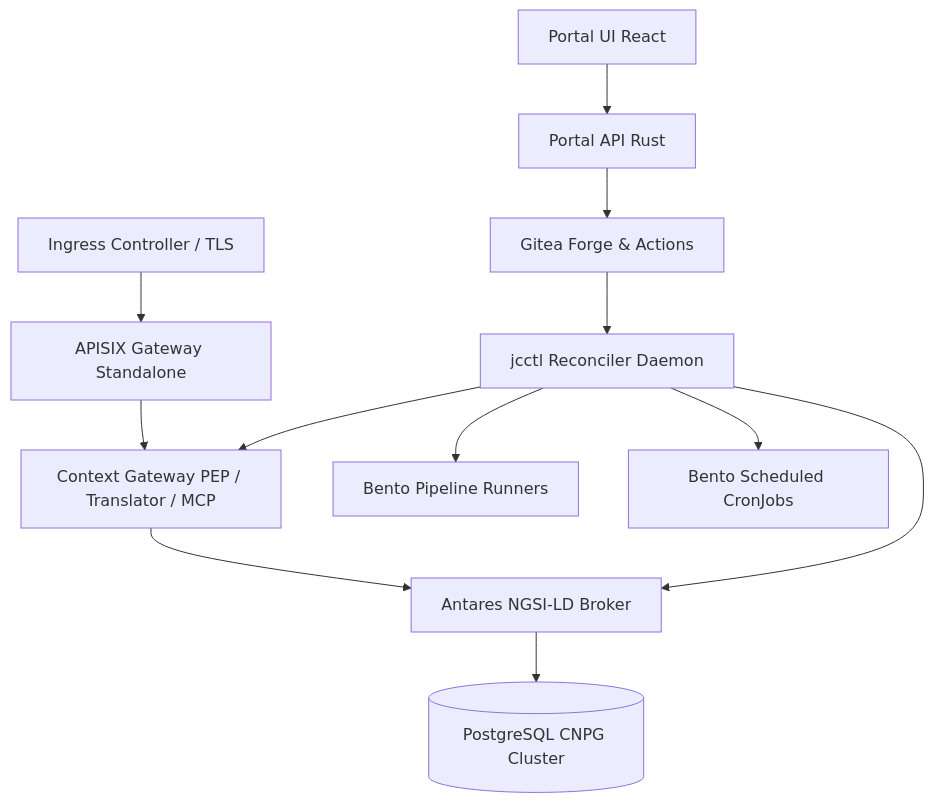
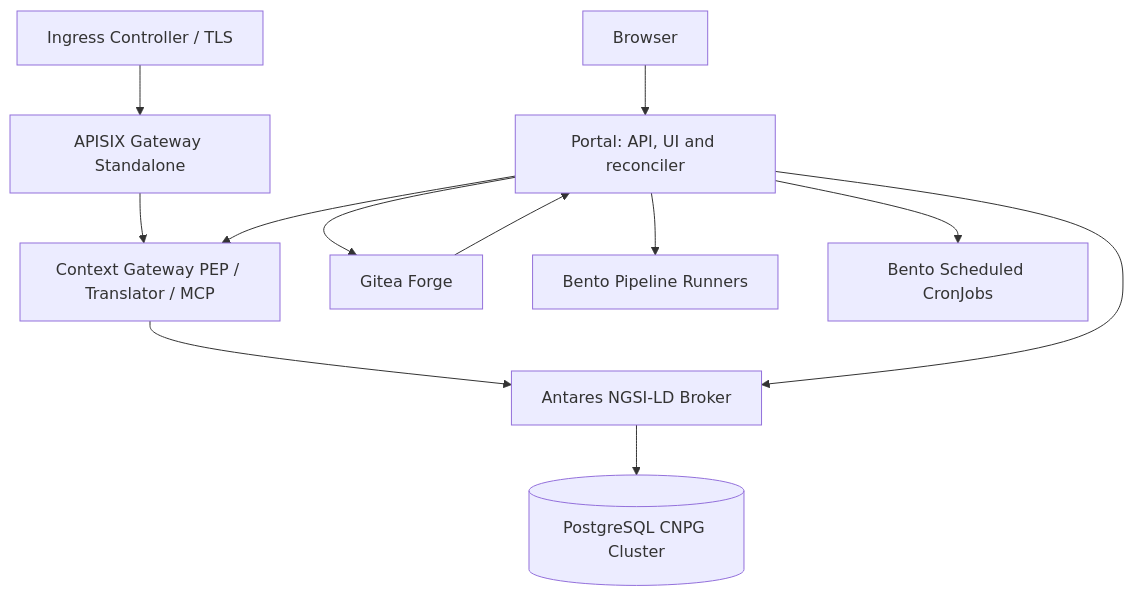
The diagram in Deployment/00-intro.md (marek-mraz-jc/joinedcontext-docs), drawn with Mermaid before and after one commit. The commit also changed other lines of this file and 2 other files, not shown here.

````diff
--- a/Deployment/00-intro.md
+++ b/Deployment/00-intro.md
@@ -24,15 +24,15 @@
 ```mermaid
 flowchart TD
     Ingress[Ingress Controller / TLS] --> APISIX[APISIX Gateway Standalone]
     APISIX --> CGW[Context Gateway PEP / Translator / MCP]
     CGW --> Antares[Antares NGSI-LD Broker]
     Antares --> PG[(PostgreSQL CNPG Cluster)]
-    
-    PortalUI[Portal UI React] --> PortalAPI[Portal API Rust]
-    PortalAPI --> Gitea[Gitea Forge & Actions]
-    Gitea --> jcctl[jcctl Reconciler Daemon]
-    jcctl --> CGW
-    jcctl --> Antares
-    jcctl --> BentoRunner[Bento Pipeline Runners]
-    jcctl --> BentoCron[Bento Scheduled CronJobs]
+
+    Browser[Browser] --> Portal[Portal: API, UI and reconciler]
+    Portal --> Gitea[Gitea Forge]
+    Gitea --> Portal
+    Portal --> CGW
+    Portal --> Antares
+    Portal --> BentoRunner[Bento Pipeline Runners]
+    Portal --> BentoCron[Bento Scheduled CronJobs]
 ```
````
